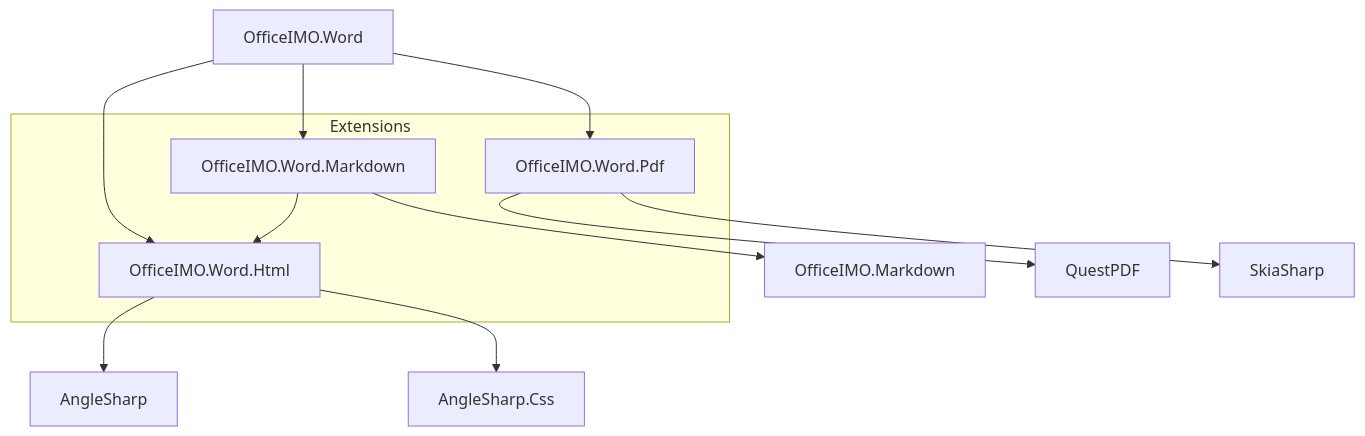
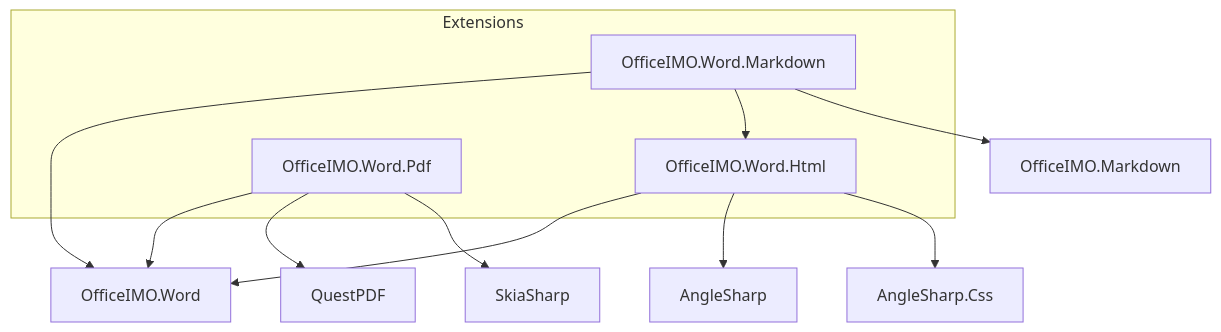
The first of 5 diagrams in README.md (EvotecIT/OfficeIMO), drawn with Mermaid before and after one commit. The commit also changed other lines of this file and 2 other files, not shown here.

Commit message:
Improve markdown package and root readmes

````diff
--- a/README.md
+++ b/README.md
@@ -80,31 +87,26 @@
 ```mermaid
 flowchart TB
-  WCore[OfficeIMO.Word]
+  WCore["OfficeIMO.Word"]
   subgraph Extensions
-    WHtml[OfficeIMO.Word.Html]
-    WMd[OfficeIMO.Word.Markdown]
-    WPdf[OfficeIMO.Word.Pdf]
+    WHtml["OfficeIMO.Word.Html"]
+    WMd["OfficeIMO.Word.Markdown"]
+    WPdf["OfficeIMO.Word.Pdf"]
   end
 
-  %% External deps
-  Angle[AngleSharp]
-  AngleCss[AngleSharp.Css]
-  OfficeIMO.Markdown
-  Quest[QuestPDF]
-  Skia[SkiaSharp]
+  Angle["AngleSharp"]
+  AngleCss["AngleSharp.Css"]
+  Md["OfficeIMO.Markdown"]
+  Quest["QuestPDF"]
+  Skia["SkiaSharp"]
 
-  %% Core to extensions (install these when you need that capability)
-  WCore --> WHtml
-  WCore --> WMd
-  WCore --> WPdf
+  WHtml --> WCore
+  WMd --> WCore
+  WPdf --> WCore
 
-  %% Extension uses
   WMd --> WHtml
-
-  %% External dependencies per extension
   WHtml --> Angle
   WHtml --> AngleCss
-  WMd   --> OfficeIMO.Markdown
-  WPdf  --> Quest
-  WPdf  --> Skia
+  WMd --> Md
+  WPdf --> Quest
+  WPdf --> Skia
 ```
````
